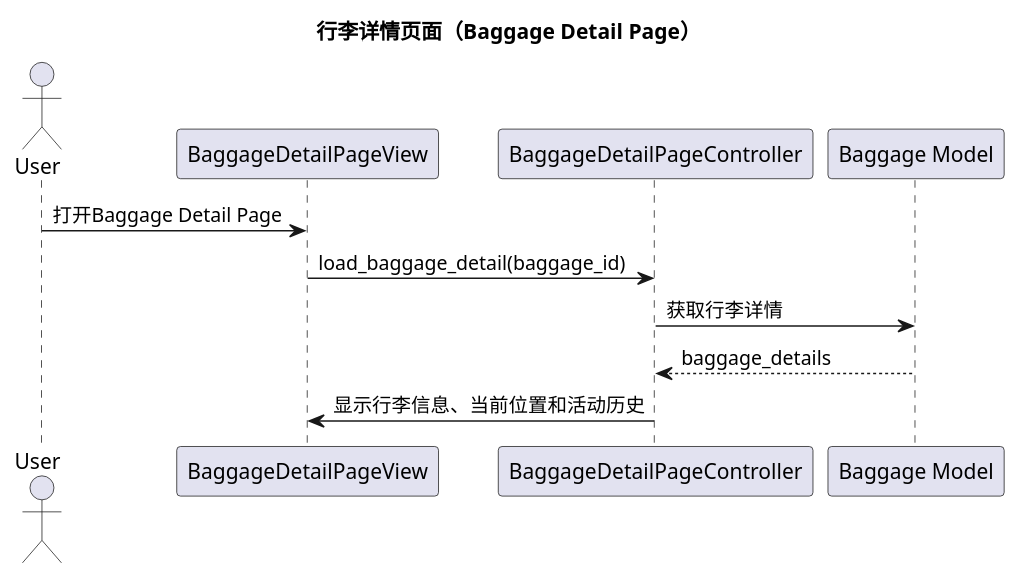
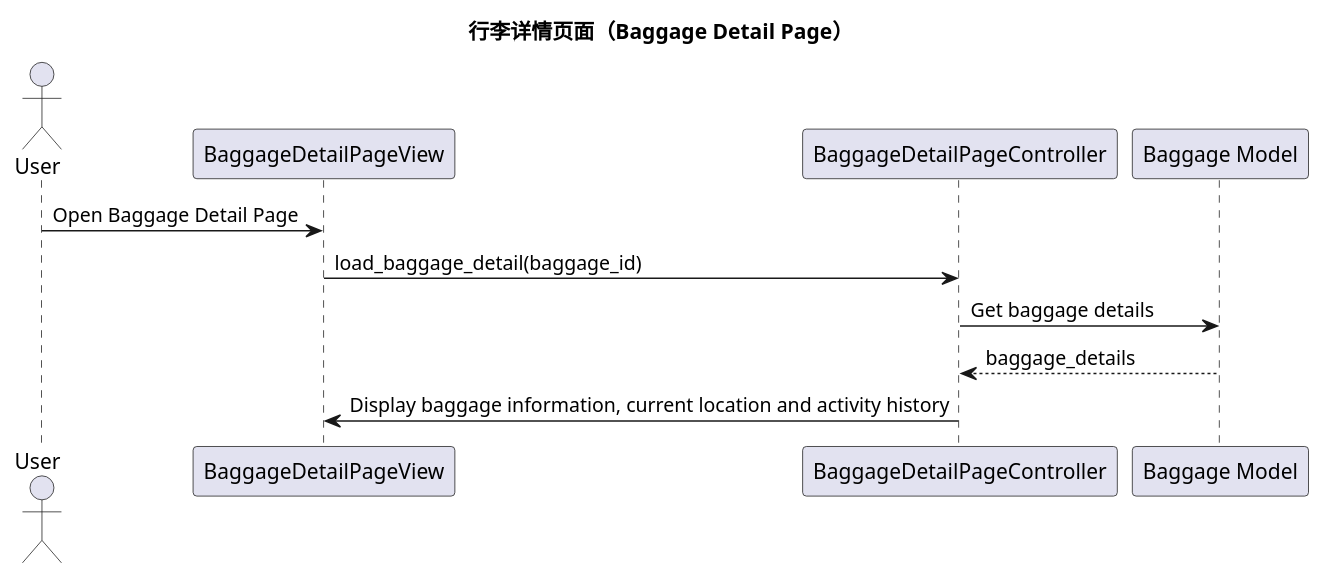
Diagram 15 of 16 in planing/class_diagrams.md (violeteye1234/group23_COMPS350F), drawn with PlantUML before and after one commit. The commit also changed other lines of this file and 45 other files, not shown here.

````diff
--- a/planing/class_diagrams.md
+++ b/planing/class_diagrams.md
@@ -444,16 +444,16 @@
 ```plantuml
 @startuml
 title 行李详情页面（Baggage Detail Page）
 
 actor User
 participant "BaggageDetailPageView" as View
 participant "BaggageDetailPageController" as Controller
 participant "Baggage Model" as BaggageModel
 
-User -> View: 打开Baggage Detail Page
+User -> View: Open Baggage Detail Page
 View -> Controller: load_baggage_detail(baggage_id)
-Controller -> BaggageModel: 获取行李详情
+Controller -> BaggageModel: Get baggage details
 BaggageModel --> Controller: baggage_details
-Controller -> View: 显示行李信息、当前位置和活动历史
+Controller -> View: Display baggage information, current location and activity history
 @enduml
 ```
````
